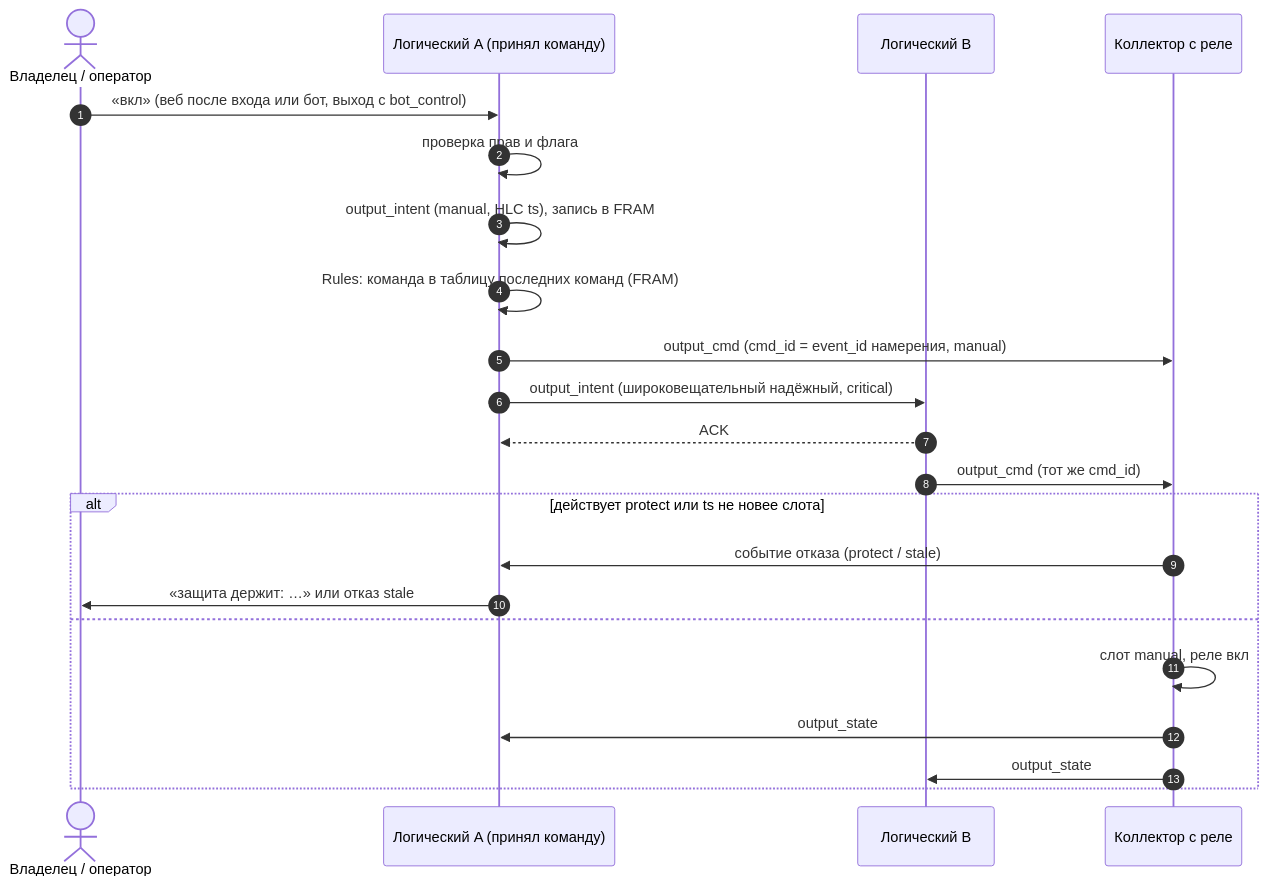
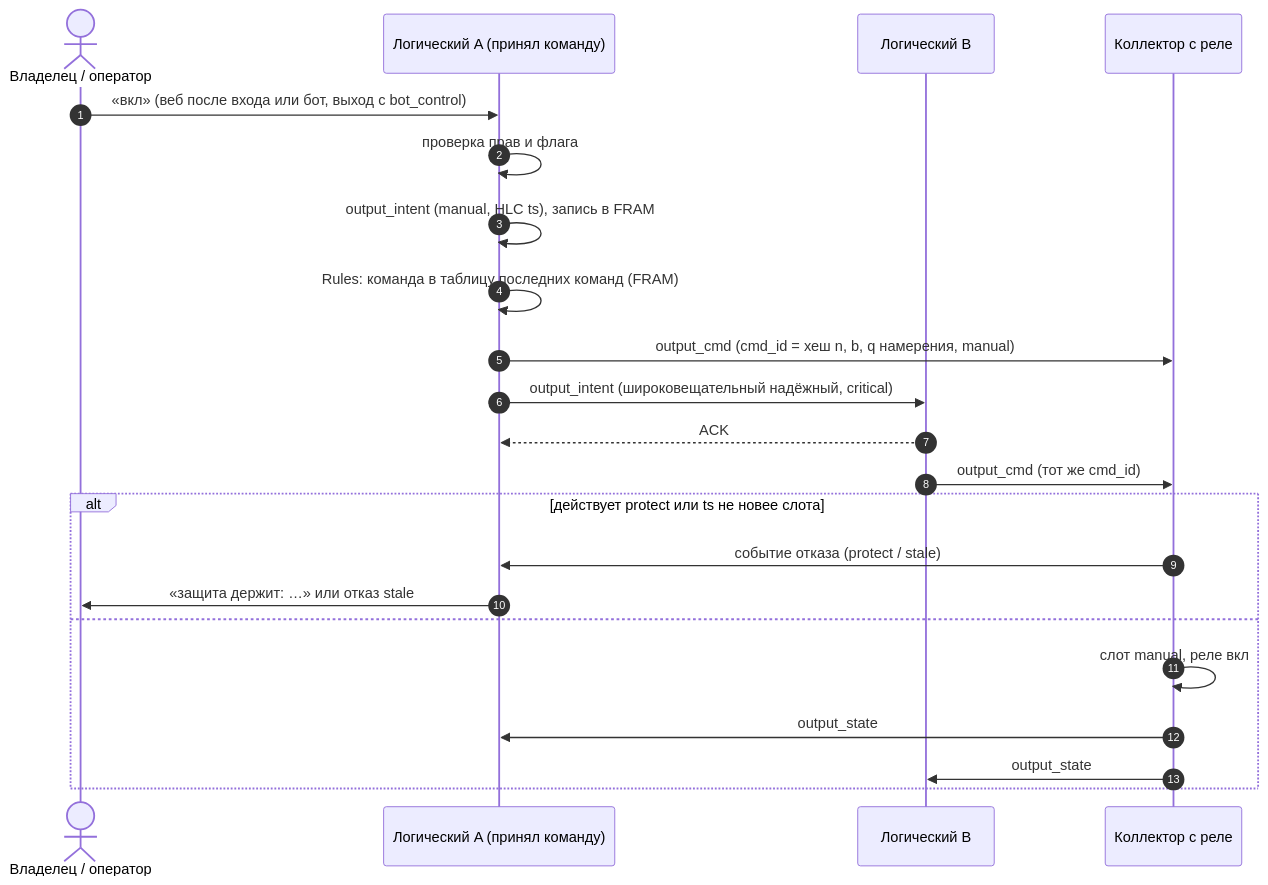
Before and after one commit to wol-micro/garageAlarms2.0: the sixth of 8 diagrams in _bmad-output/planning-artifacts/protocols-reference/garageAlarms2-протоколы.md, drawn with Mermaid. The commit also changed other lines of this file and 5 other files, not shown here.

````diff
--- a/_bmad-output/planning-artifacts/protocols-reference/garageAlarms2-протоколы.md
+++ b/_bmad-output/planning-artifacts/protocols-reference/garageAlarms2-протоколы.md
@@ -1061,24 +1065,24 @@
 ```mermaid
 sequenceDiagram
   autonumber
   actor U as Владелец / оператор
   participant A as Логический A (принял команду)
   participant B as Логический B
   participant OC as Коллектор с реле
   U->>A: «вкл» (веб после входа или бот, выход с bot_control)
   A->>A: проверка прав и флага
   A->>A: output_intent (manual, HLC ts), запись в FRAM
   A->>A: Rules: команда в таблицу последних команд (FRAM)
-  A->>OC: output_cmd (cmd_id = event_id намерения, manual)
+  A->>OC: output_cmd (cmd_id = хеш n, b, q намерения, manual)
   A->>B: output_intent (широковещательный надёжный, critical)
   B-->>A: ACK
   B->>OC: output_cmd (тот же cmd_id)
   alt действует protect или ts не новее слота
     OC->>A: событие отказа (protect / stale)
     A->>U: «защита держит: …» или отказ stale
   else
     OC->>OC: слот manual, реле вкл
     OC->>A: output_state
     OC->>B: output_state
   end
 ```
````
